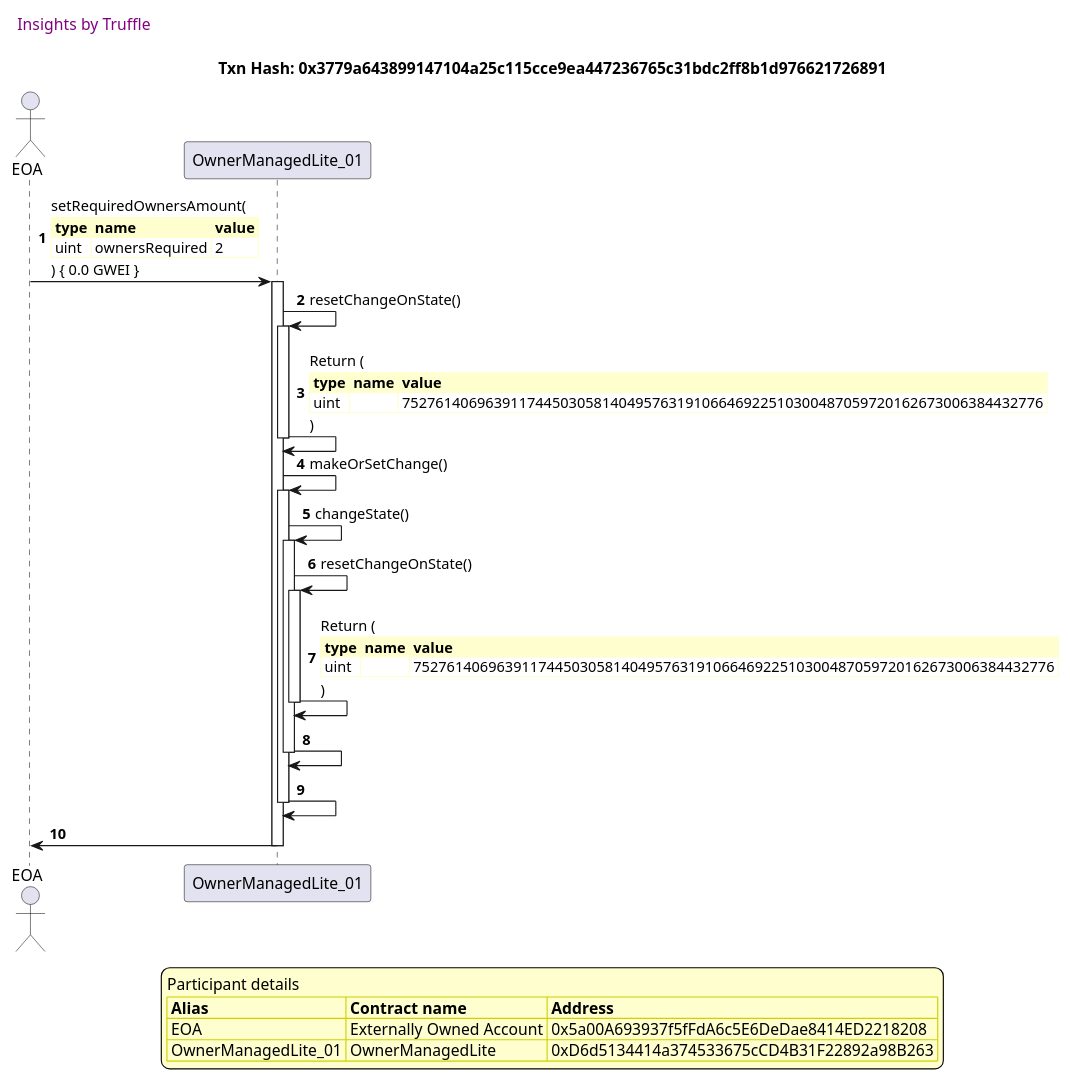
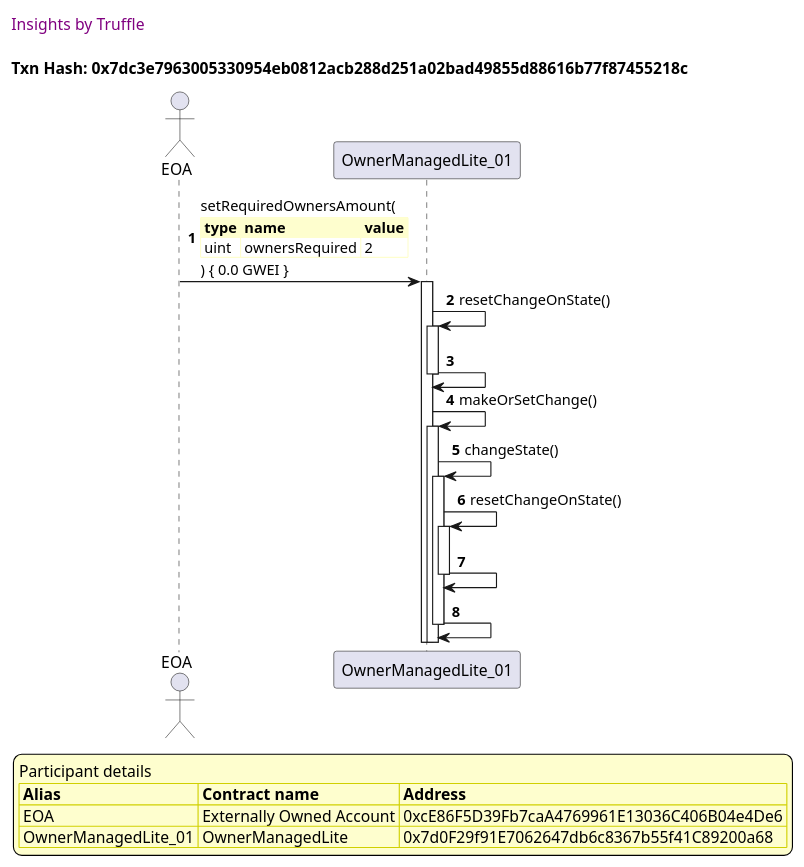
Before and after one commit to thedarkjester/ConsensysAssignment: diagram 13 of 28 in truffle-seq/OwnerManagedLite_test_required_owners_amount.md, drawn with PlantUML. The commit also changed other lines of this file and 13 other files, not shown here.

````diff
--- a/truffle-seq/OwnerManagedLite_test_required_owners_amount.md
+++ b/truffle-seq/OwnerManagedLite_test_required_owners_amount.md
@@ -591,54 +583,46 @@
 ```plantuml
 
 
 @startuml
 
 autonumber
 skinparam legendBackgroundColor #FEFECE
 
 <style>
       header {
         HorizontalAlignment left
         FontColor purple
         FontSize 14
         Padding 10
       }
     </style>
 
 header Insights by Truffle
 
-title Txn Hash: 0x3779a643899147104a25c115cce9ea447236765c31bdc2ff8b1d976621726891
+title Txn Hash: 0x7dc3e7963005330954eb0812acb288d251a02bad49855d88616b77f87455218c
 
 
 actor EOA as "EOA"
 participant OwnerManagedLite_01 as "OwnerManagedLite_01"
 
 "EOA" -> "OwnerManagedLite_01" ++: setRequiredOwnersAmount(\n\
 <#FEFECE,#FEFECE>|= type |= name |= value |\n\
 | uint | ownersRequired | 2 |\n\
 ) { 0.0 GWEI }
 "OwnerManagedLite_01" -> "OwnerManagedLite_01" ++: resetChangeOnState()
-"OwnerManagedLite_01" -> "OwnerManagedLite_01" --: Return (\n\
-<#FEFECE,#FEFECE>|= type |= name |= value |\n\
-| uint |  | 75276140696391174450305814049576319106646922510300487059720162673006384432776 |\n\
-)
+"OwnerManagedLite_01" -> "OwnerManagedLite_01" --: 
 "OwnerManagedLite_01" -> "OwnerManagedLite_01" ++: makeOrSetChange()
 "OwnerManagedLite_01" -> "OwnerManagedLite_01" ++: changeState()
 "OwnerManagedLite_01" -> "OwnerManagedLite_01" ++: resetChangeOnState()
-"OwnerManagedLite_01" -> "OwnerManagedLite_01" --: Return (\n\
-<#FEFECE,#FEFECE>|= type |= name |= value |\n\
-| uint |  | 75276140696391174450305814049576319106646922510300487059720162673006384432776 |\n\
-)
 "OwnerManagedLite_01" -> "OwnerManagedLite_01" --: 
 "OwnerManagedLite_01" -> "OwnerManagedLite_01" --: 
-"OwnerManagedLite_01" -> "EOA" --: 
 
 legend
 Participant details
 <#FEFECE,#D0D000>|= Alias |= Contract name |= Address |
-<#FEFECE>| EOA | Externally Owned Account | 0x5a00A693937f5fFdA6c5E6DeDae8414ED2218208 |
-<#FEFECE>| OwnerManagedLite_01 | OwnerManagedLite | 0xD6d5134414a374533675cCD4B31F22892a98B263 |
+<#FEFECE>| EOA | Externally Owned Account | 0xcE86F5D39Fb7caA4769961E13036C406B04e4De6 |
+<#FEFECE>| OwnerManagedLite_01 | OwnerManagedLite | 0x7d0F29f91E7062647db6c8367b55f41C89200a68 |
 endlegend
 
 @enduml
 ```
````
